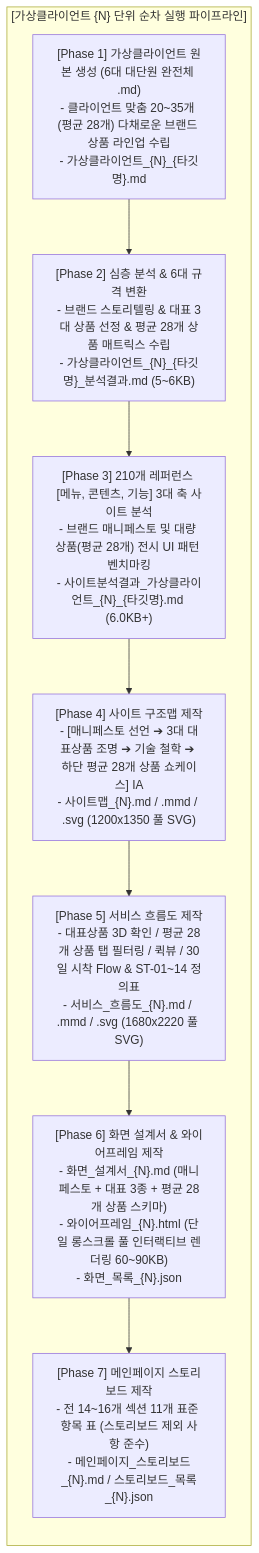
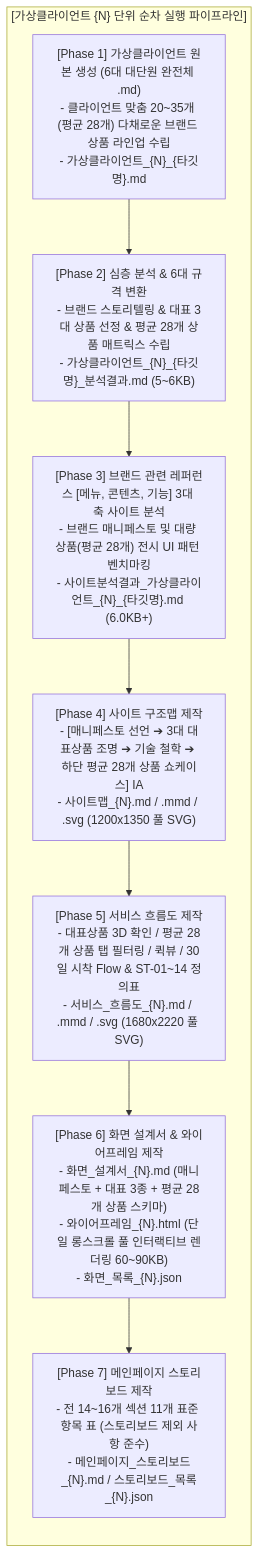
The diagram in md_skill/통합_자동화/AGENTS.md (dladusdn4562-bot/wireframe), drawn with Mermaid before and after one commit. The commit also changed other lines of this file and 21 other files, not shown here.

````diff
--- a/md_skill/통합_자동화/AGENTS.md
+++ b/md_skill/통합_자동화/AGENTS.md
@@ -57,15 +57,15 @@
 ```mermaid
 flowchart TD
     subgraph ClientLoop["[가상클라이언트 {N} 단위 순차 실행 파이프라인]"]
         direction TB
         P1["[Phase 1] 가상클라이언트 원본 생성 (6대 대단원 완전체 .md)\n- 클라이언트 맞춤 20~35개 (평균 28개) 다채로운 브랜드 상품 라인업 수립\n- 가상클라이언트_{N}_{타깃명}.md"]
         P2["[Phase 2] 심층 분석 & 6대 규격 변환\n- 브랜드 스토리텔링 & 대표 3대 상품 선정 & 평균 28개 상품 매트릭스 수립\n- 가상클라이언트_{N}_{타깃명}_분석결과.md (5~6KB)"]
-        P3["[Phase 3] 210개 레퍼런스 [메뉴, 콘텐츠, 기능] 3대 축 사이트 분석\n- 브랜드 매니페스토 및 대량 상품(평균 28개) 전시 UI 패턴 벤치마킹\n- 사이트분석결과_가상클라이언트_{N}_{타깃명}.md (6.0KB+)"]
+        P3["[Phase 3] 브랜드 관련 레퍼런스 [메뉴, 콘텐츠, 기능] 3대 축 사이트 분석\n- 브랜드 매니페스토 및 대량 상품(평균 28개) 전시 UI 패턴 벤치마킹\n- 사이트분석결과_가상클라이언트_{N}_{타깃명}.md (6.0KB+)"]
         P4["[Phase 4] 사이트 구조맵 제작\n- [매니페스토 선언 ➔ 3대 대표상품 조명 ➔ 기술 철학 ➔ 하단 평균 28개 상품 쇼케이스] IA\n- 사이트맵_{N}.md / .mmd / .svg (1200x1350 풀 SVG)"]
         P5["[Phase 5] 서비스 흐름도 제작\n- 대표상품 3D 확인 / 평균 28개 상품 탭 필터링 / 퀵뷰 / 30일 시착 Flow & ST-01~14 정의표\n- 서비스_흐름도_{N}.md / .mmd / .svg (1680x2220 풀 SVG)"]
         P6["[Phase 6] 화면 설계서 & 와이어프레임 제작\n- 화면_설계서_{N}.md (매니페스토 + 대표 3종 + 평균 28개 상품 스키마)\n- 와이어프레임_{N}.html (단일 롱스크롤 풀 인터랙티브 렌더링 60~90KB)\n- 화면_목록_{N}.json"]
         P7["[Phase 7] 메인페이지 스토리보드 제작\n- 전 14~16개 섹션 11개 표준 항목 표 (스토리보드 제외 사항 준수)\n- 메인페이지_스토리보드_{N}.md / 스토리보드_목록_{N}.json"]
 
         P1 --> P2 --> P3 --> P4 --> P5 --> P6 --> P7
     end
 ```
````
